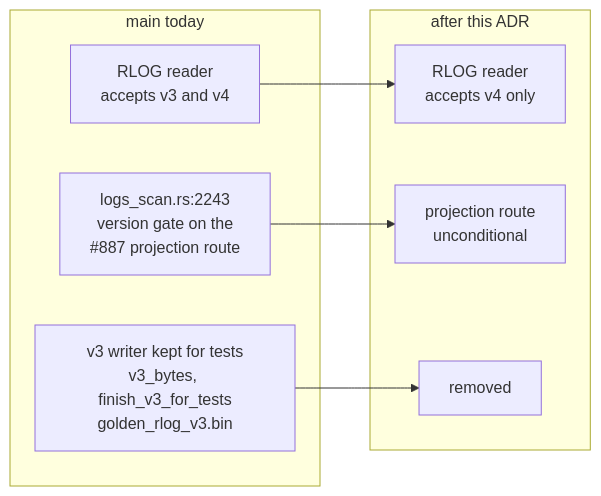
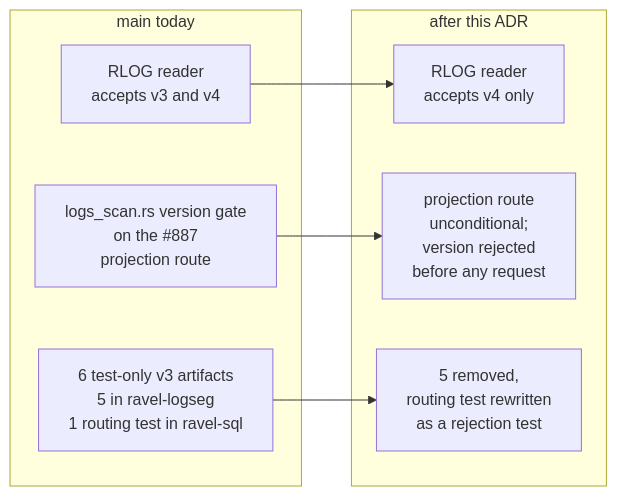
One commit to NOFireAI/ravel changed the diagram in docs/adrs/0892-drop-rlog-version-3-reader.md. Above: the diagram before and after it, drawn with Mermaid. The commit also changed other lines of this file, not shown here.

First line of the commit message:
docs: complete the v3 inventory and the rejection ordering in ADR-0892

````diff
--- a/docs/adrs/0892-drop-rlog-version-3-reader.md
+++ b/docs/adrs/0892-drop-rlog-version-3-reader.md
@@ -52,16 +52,16 @@
 ```mermaid
 graph LR
   subgraph now["main today"]
     RN["RLOG reader<br/>accepts v3 and v4"]
-    GN["logs_scan.rs:2243<br/>version gate on the<br/>#887 projection route"]
-    TN["v3 writer kept for tests<br/>v3_bytes, finish_v3_for_tests<br/>golden_rlog_v3.bin"]
+    GN["logs_scan.rs version gate<br/>on the #887<br/>projection route"]
+    TN["6 test-only v3 artifacts<br/>5 in ravel-logseg<br/>1 routing test in ravel-sql"]
   end
   subgraph after["after this ADR"]
     RA["RLOG reader<br/>accepts v4 only"]
-    GA["projection route<br/>unconditional"]
-    TA["removed"]
+    GA["projection route<br/>unconditional;<br/>version rejected<br/>before any request"]
+    TA["5 removed,<br/>routing test rewritten<br/>as a rejection test"]
   end
   RN --> RA
   GN --> GA
   TN --> TA
 ```
````
